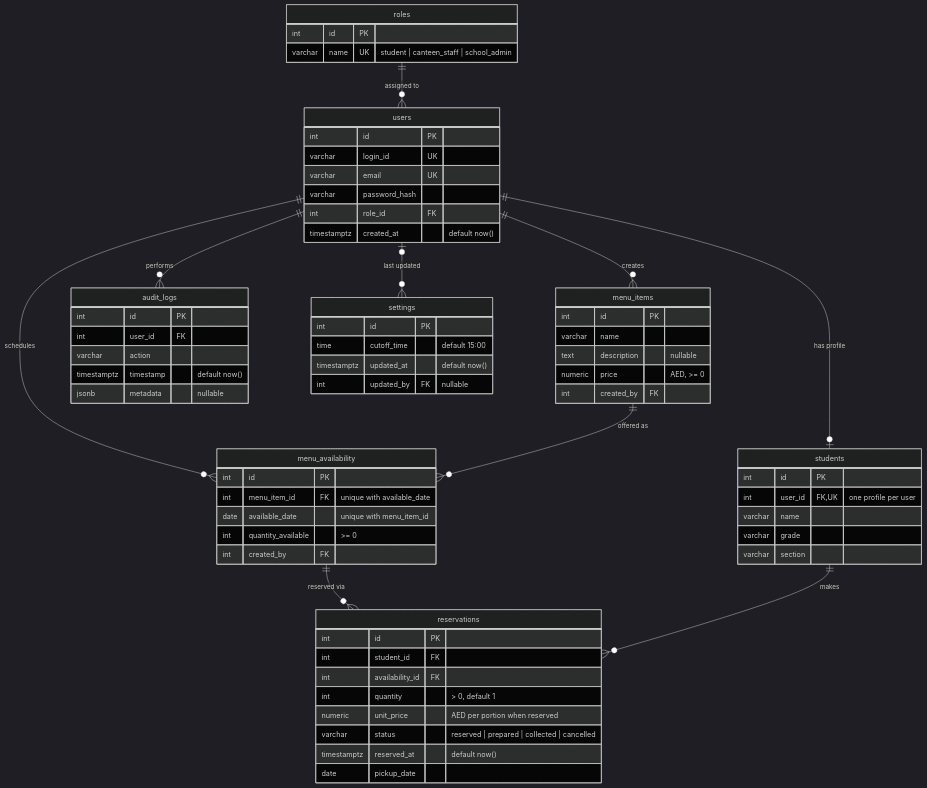
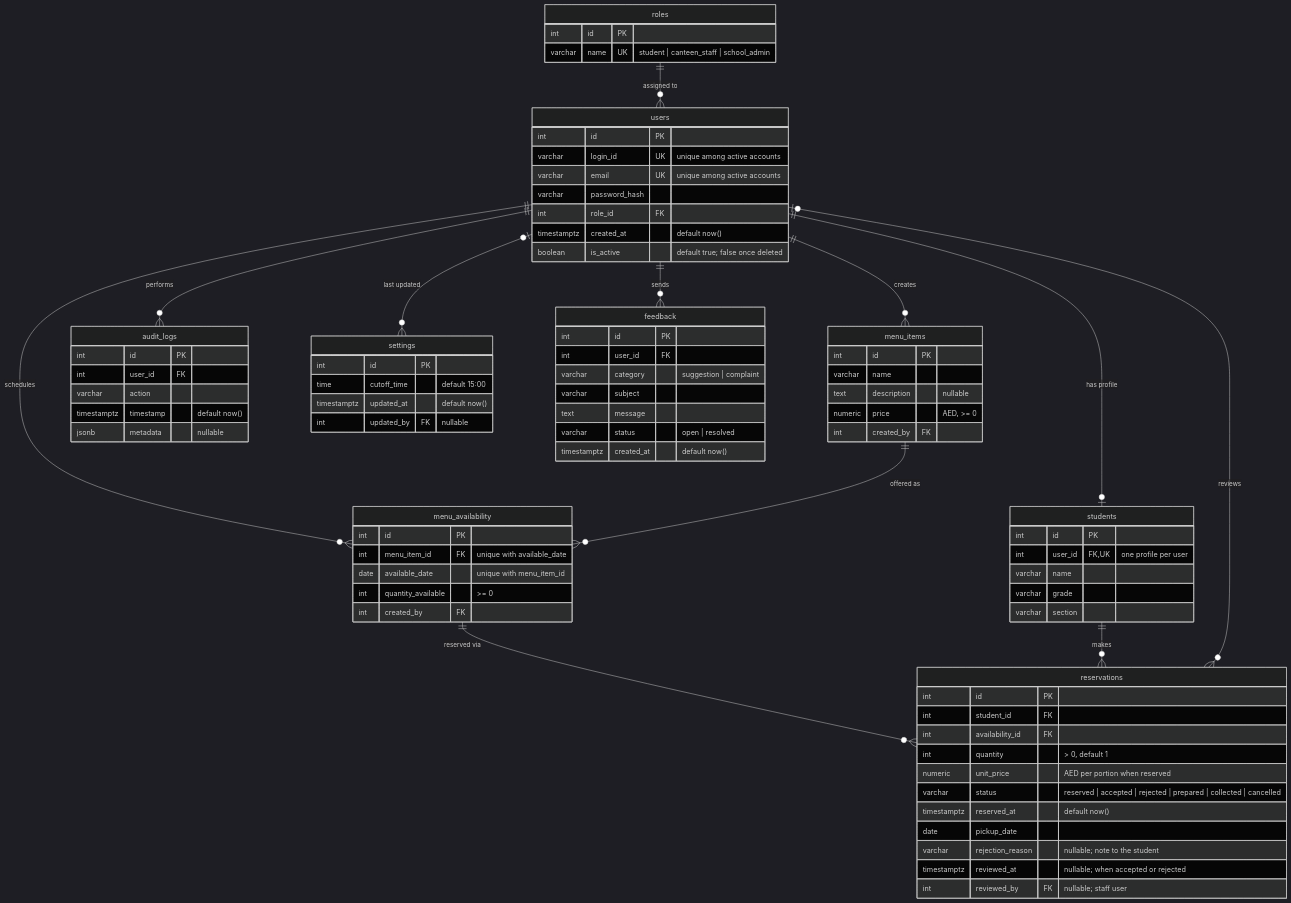
One commit to ishanp2013/giis-canteen changed the diagram in database/ER_DIAGRAM.md. Above: the diagram before and after it, drawn with Mermaid (dark theme). The commit also changed other lines of this file and 33 other files, not shown here.

First line of the commit message:
Add order acceptance, reorder, admin reservations view and feedback

```diff
--- a/database/ER_DIAGRAM.md
+++ b/database/ER_DIAGRAM.md
@@ -13,6 +13,8 @@
     menu_items ||--o{ menu_availability : "offered as"
     menu_availability ||--o{ reservations : "reserved via"
     students ||--o{ reservations : "makes"
+    users |o--o{ reservations : "reviews"
+    users ||--o{ feedback : "sends"
 
     roles {
         int id PK
@@ -21,11 +23,12 @@
 
     users {
         int id PK
-        varchar login_id UK
-        varchar email UK
+        varchar login_id UK "unique among active accounts"
+        varchar email UK "unique among active accounts"
         varchar password_hash
         int role_id FK
         timestamptz created_at "default now()"
+        boolean is_active "default true; false once deleted"
     }
 
     students {
@@ -58,9 +61,22 @@
         int availability_id FK
         int quantity "> 0, default 1"
         numeric unit_price "AED per portion when reserved"
-        varchar status "reserved | prepared | collected | cancelled"
+        varchar status "reserved | accepted | rejected | prepared | collected | cancelled"
         timestamptz reserved_at "default now()"
         date pickup_date
+        varchar rejection_reason "nullable; note to the student"
+        timestamptz reviewed_at "nullable; when accepted or rejected"
+        int reviewed_by FK "nullable; staff user"
+    }
+
+    feedback {
+        int id PK
+        int user_id FK
+        varchar category "suggestion | complaint"
+        varchar subject
+        text message
+        varchar status "open | resolved"
+        timestamptz created_at "default now()"
     }
 
     audit_logs {
```
